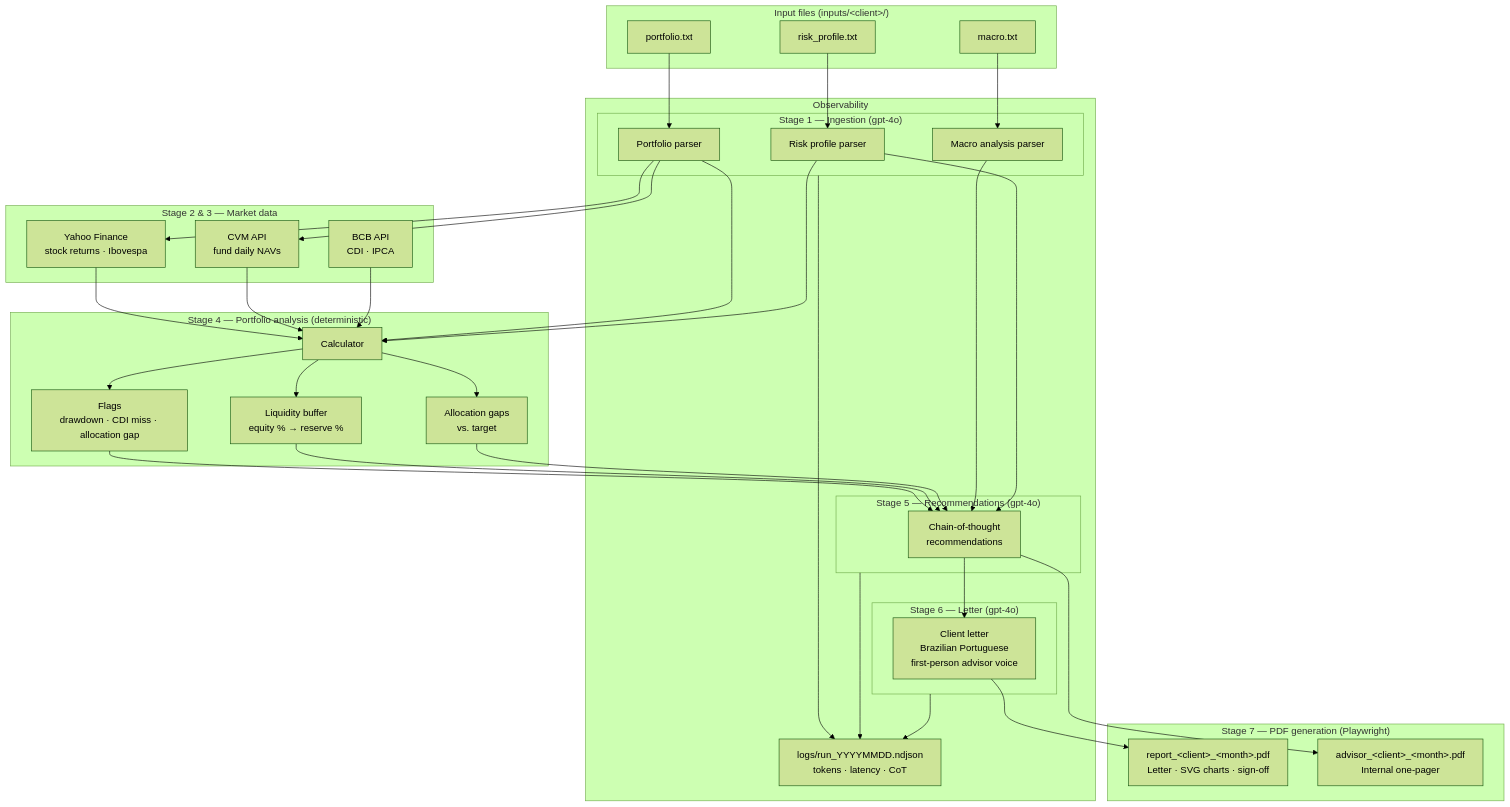
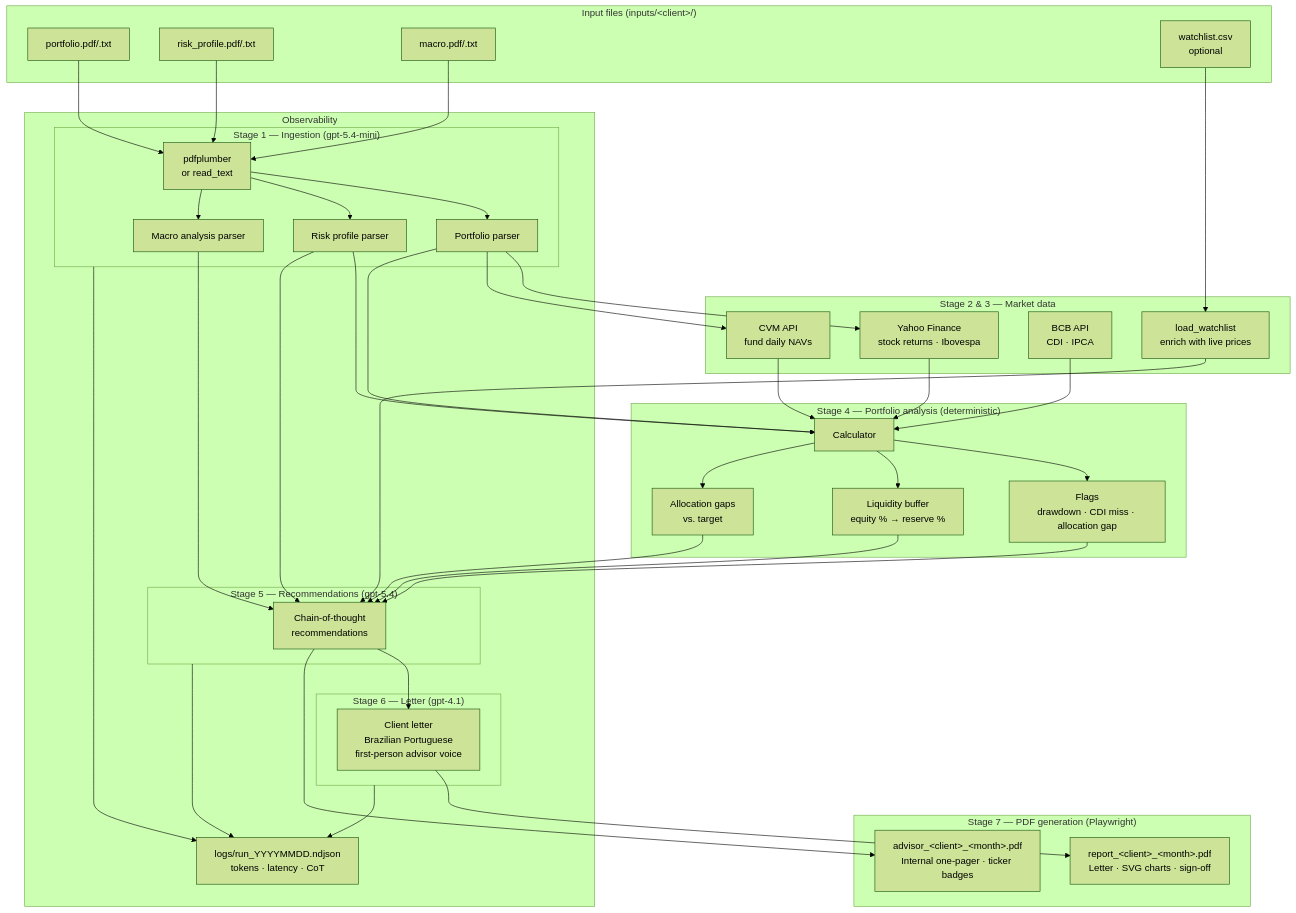
The diagram in README.md (caio-almeid4/financial-advisor), drawn with Mermaid (forest theme) before and after one commit. The commit also changed other lines of this file, not shown here.

Commit message:
docs: update architecture diagram and table with correct models and features
- Models: gpt-4o → gpt-5.4-mini (ingestion), gpt-5.4 (recommendations), gpt-4.1 (writer)
- Add pdfplumber reader node between input files and parsers
- Add watchlist.csv input and load_watchlist enrichment step
- Add watchlist → recommendations connection
- Add Model column to pipeline table
- Fix input file nodes to show .pdf/.txt support

````diff
--- a/README.md
+++ b/README.md
@@ -9,52 +9,58 @@
 ```mermaid
 flowchart TD
     subgraph inputs["Input files (inputs/&lt;client&gt;/)"]
-        P[portfolio.txt]
-        R[risk_profile.txt]
-        M[macro.txt]
+        P[portfolio.pdf/.txt]
+        R[risk_profile.pdf/.txt]
+        M[macro.pdf/.txt]
+        W[watchlist.csv\noptional]
     end
 
-    subgraph stage1["Stage 1 — Ingestion (gpt-4o)"]
-        P --> PP[Portfolio parser]
-        R --> RP[Risk profile parser]
-        M --> MP[Macro analysis parser]
+    subgraph stage1["Stage 1 — Ingestion (gpt-5.4-mini)"]
+        P --> PB[pdfplumber\nor read_text]
+        R --> PB
+        M --> PB
+        PB --> PP[Portfolio parser]
+        PB --> RP[Risk profile parser]
+        PB --> MP[Macro analysis parser]
     end
 
     subgraph stage2["Stage 2 & 3 — Market data"]
         PP --> YF[Yahoo Finance\nstock returns · Ibovespa]
         PP --> CVM[CVM API\nfund daily NAVs]
         BCB[BCB API\nCDI · IPCA]
+        W --> WL[load_watchlist\nenrich with live prices]
     end
 
     subgraph stage4["Stage 4 — Portfolio analysis (deterministic)"]
         YF --> CALC[Calculator]
         CVM --> CALC
         BCB --> CALC
         PP --> CALC
         RP --> CALC
         CALC --> FLAGS[Flags\ndrawdown · CDI miss · allocation gap]
         CALC --> LIQ[Liquidity buffer\nequity % → reserve %]
         CALC --> ALLOC[Allocation gaps\nvs. target]
     end
 
-    subgraph stage5["Stage 5 — Recommendations (gpt-4o)"]
+    subgraph stage5["Stage 5 — Recommendations (gpt-5.4)"]
         FLAGS --> REC[Chain-of-thought\nrecommendations]
         LIQ --> REC
         ALLOC --> REC
         MP --> REC
         RP --> REC
+        WL --> REC
     end
 
-    subgraph stage6["Stage 6 — Letter (gpt-4o)"]
+    subgraph stage6["Stage 6 — Letter (gpt-4.1)"]
         REC --> LETTER[Client letter\nBrazilian Portuguese\nfirst-person advisor voice]
     end
 
     subgraph stage7["Stage 7 — PDF generation (Playwright)"]
         LETTER --> CLIENT[report_&lt;client&gt;_&lt;month&gt;.pdf\nLetter · SVG charts · sign-off]
-        REC --> ADVISOR[advisor_&lt;client&gt;_&lt;month&gt;.pdf\nInternal one-pager]
+        REC --> ADVISOR[advisor_&lt;client&gt;_&lt;month&gt;.pdf\nInternal one-pager · ticker badges]
     end
 
     subgraph obs["Observability"]
         stage1 & stage5 & stage6 --> LOG[logs/run_YYYYMMDD.ndjson\ntokens · latency · CoT]
     end
 ```
````
